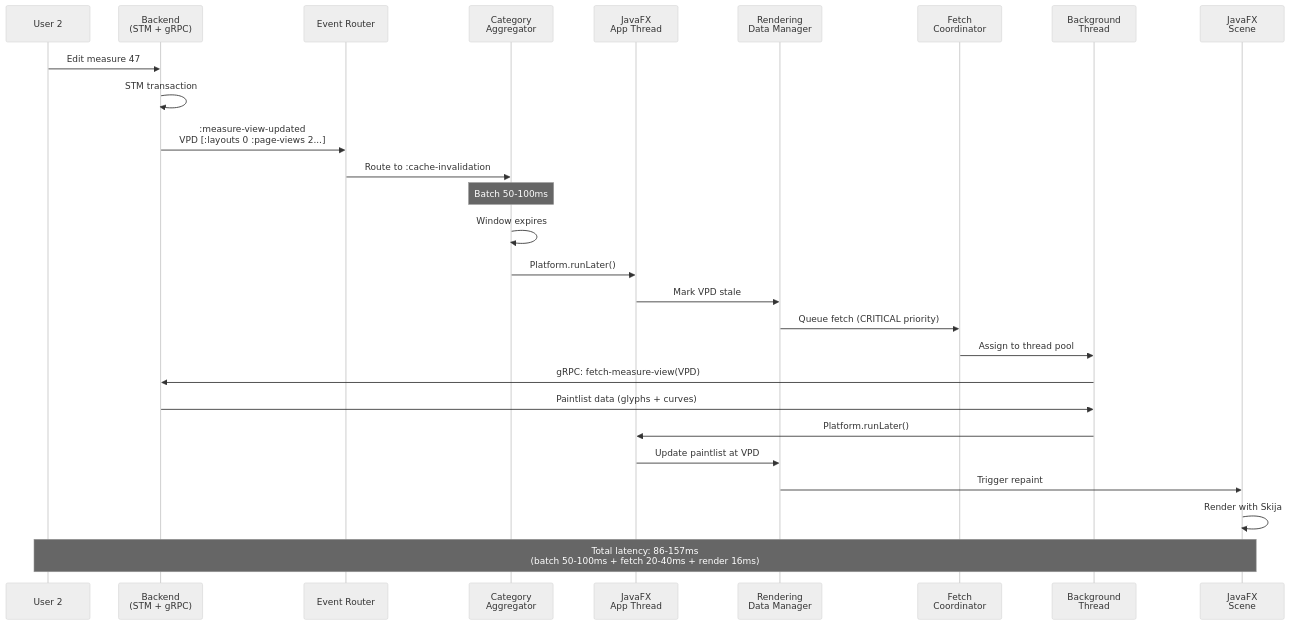
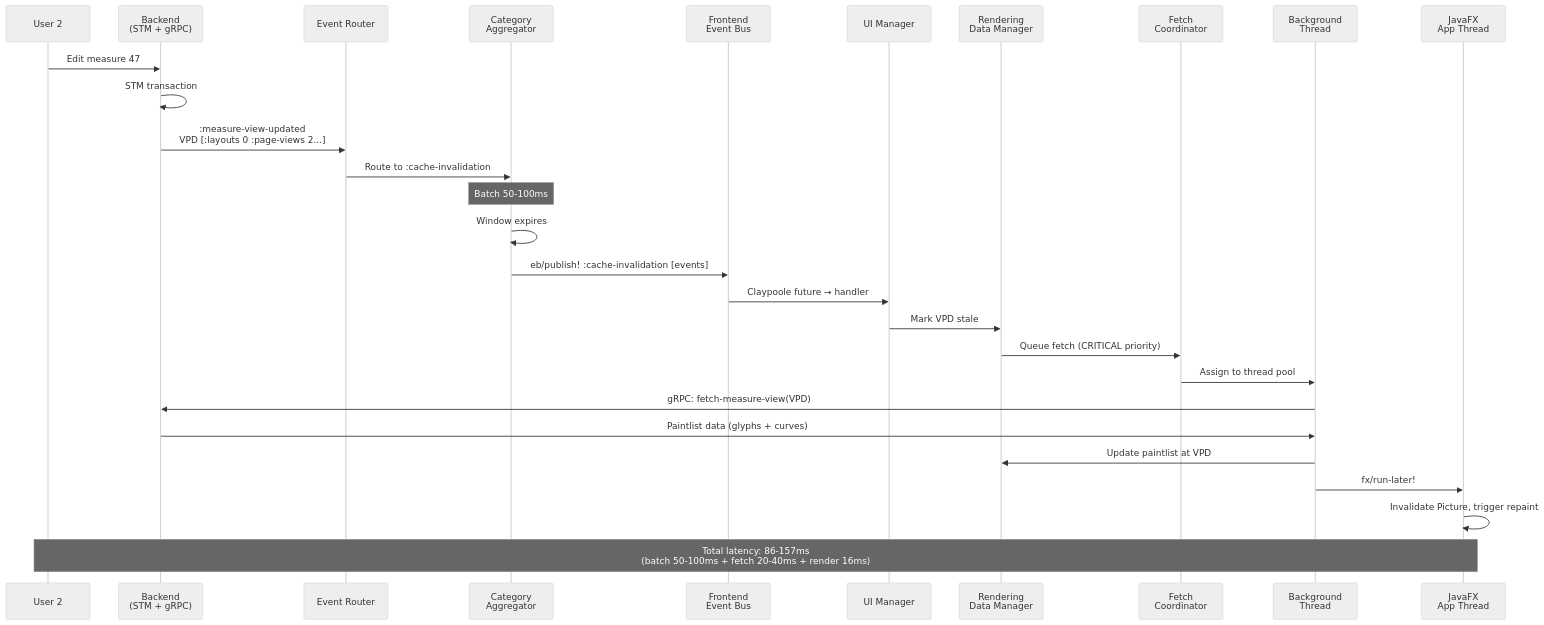
Before and after one commit to PeterBengtson/Ooloi-docs: the second of 5 diagrams in ADRs/0031-Frontend-Event-Driven-Architecture.md, drawn with Mermaid (neutral theme). The commit also changed other lines of this file and 3 other files, not shown here.

````diff
--- a/ADRs/0031-Frontend-Event-Driven-Architecture.md
+++ b/ADRs/0031-Frontend-Event-Driven-Architecture.md
@@ -255,31 +346,32 @@
 ```mermaid
 sequenceDiagram
     participant U2 as User 2
     participant BE as Backend<br/>(STM + gRPC)
     participant ER as Event Router
     participant CA as Category<br/>Aggregator
-    participant JAT as JavaFX<br/>App Thread
+    participant BUS as Frontend<br/>Event Bus
+    participant UM as UI Manager
     participant RDM as Rendering<br/>Data Manager
     participant FC as Fetch<br/>Coordinator
     participant BG as Background<br/>Thread
-    participant SCENE as JavaFX<br/>Scene
+    participant JAT as JavaFX<br/>App Thread
 
     U2->>BE: Edit measure 47
     BE->>BE: STM transaction
     BE->>ER: :measure-view-updated<br/>VPD [:layouts 0 :page-views 2...]
     ER->>CA: Route to :cache-invalidation
     Note over CA: Batch 50-100ms
     CA->>CA: Window expires
-    CA->>JAT: Platform.runLater()
-    JAT->>RDM: Mark VPD stale
+    CA->>BUS: eb/publish! :cache-invalidation [events]
+    BUS->>UM: Claypoole future → handler
+    UM->>RDM: Mark VPD stale
     RDM->>FC: Queue fetch (CRITICAL priority)
     FC->>BG: Assign to thread pool
     BG->>BE: gRPC: fetch-measure-view(VPD)
     BE->>BG: Paintlist data (glyphs + curves)
-    BG->>JAT: Platform.runLater()
-    JAT->>RDM: Update paintlist at VPD
-    RDM->>SCENE: Trigger repaint
-    SCENE->>SCENE: Render with Skija
+    BG->>RDM: Update paintlist at VPD
+    BG->>JAT: fx/run-later!
+    JAT->>JAT: Invalidate Picture, trigger repaint
 
-    Note over U2,SCENE: Total latency: 86-157ms<br/>(batch 50-100ms + fetch 20-40ms + render 16ms)
+    Note over U2,JAT: Total latency: 86-157ms<br/>(batch 50-100ms + fetch 20-40ms + render 16ms)
 ```
````
